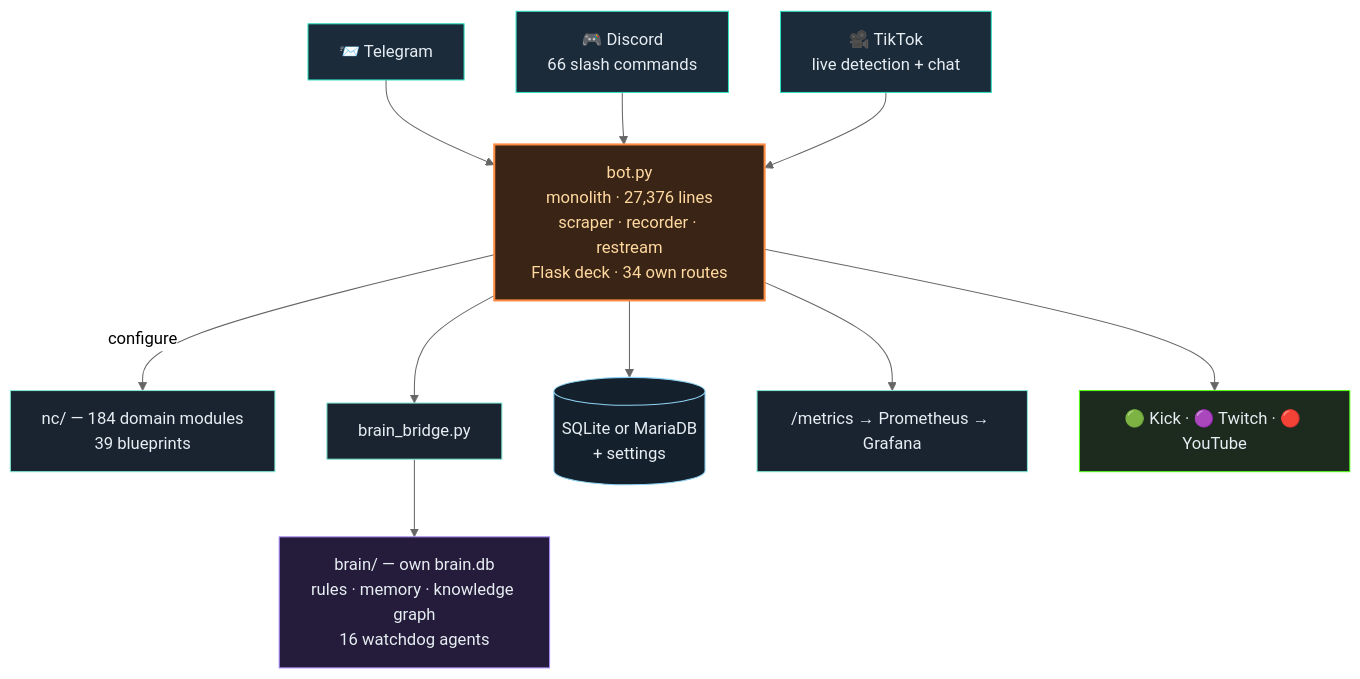
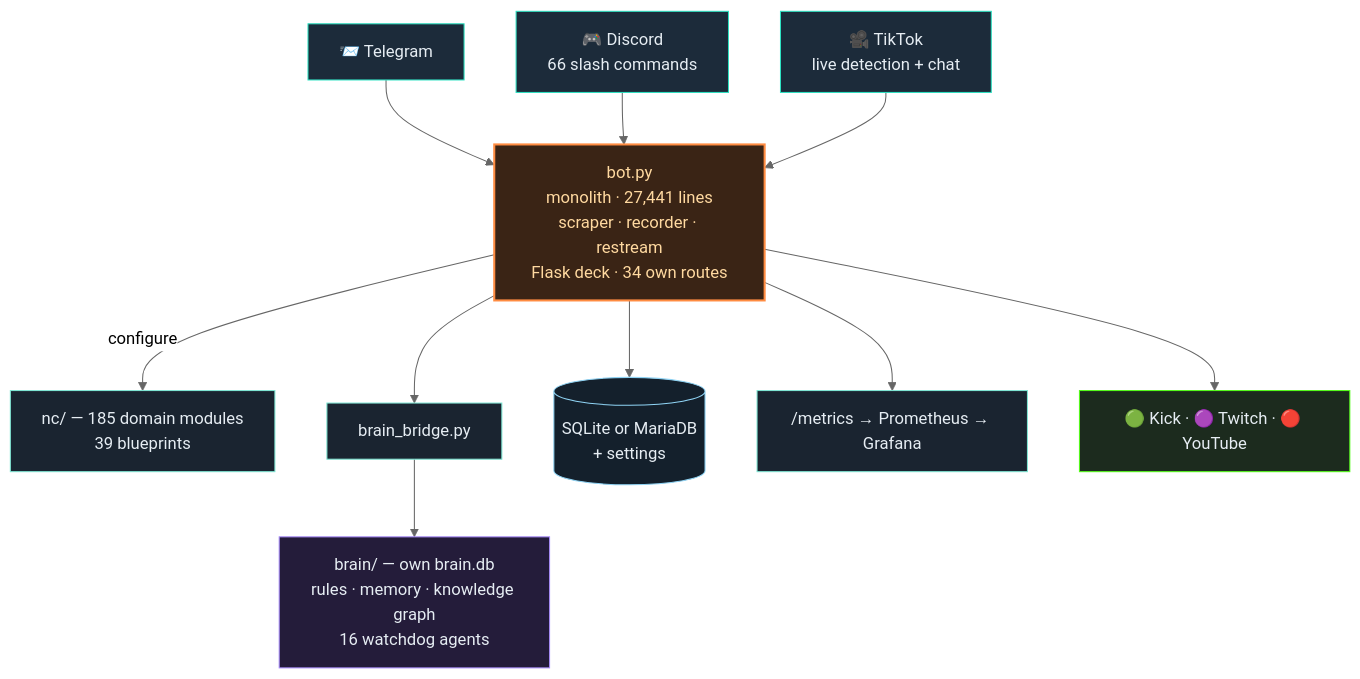
The second of 3 diagrams in README.en.md (itsamemedev/Telegram-Stream-Info-Bot), drawn with Mermaid (neutral theme) before and after one commit. The commit also changed other lines of this file and 14 other files, not shown here.

````diff
--- a/README.en.md
+++ b/README.en.md
@@ -119,19 +119,19 @@
 ```mermaid
 flowchart TB
     TG["📨 Telegram"]:::ein --> BOT
     DC["🎮 Discord<br/>66 slash commands"]:::ein --> BOT
     TT["🎥 TikTok<br/>live detection + chat"]:::ein --> BOT
-    BOT["bot.py<br/>monolith · 27,376 lines<br/>scraper · recorder · restream<br/>Flask deck · 34 own routes"]:::core
-    BOT -->|configure| NC["nc/ — 184 domain modules<br/>39 blueprints"]:::lib
+    BOT["bot.py<br/>monolith · 27,441 lines<br/>scraper · recorder · restream<br/>Flask deck · 34 own routes"]:::core
+    BOT -->|configure| NC["nc/ — 185 domain modules<br/>39 blueprints"]:::lib
     BOT --> BR["brain_bridge.py"]:::lib
     BR --> BRAIN["brain/ — own brain.db<br/>rules · memory · knowledge graph<br/>16 watchdog agents"]:::brain
     BOT --> DB[("SQLite or MariaDB<br/>+ settings")]:::db
     BOT --> PROM["/metrics → Prometheus → Grafana"]:::lib
     BOT --> OUT["🟢 Kick · 🟣 Twitch · 🔴 YouTube"]:::out
     classDef ein fill:#1c2b3a,stroke:#2de1c2,color:#e6edf3
     classDef core fill:#3a2415,stroke:#ff8c42,stroke-width:2px,color:#ffd9a0
     classDef lib fill:#1a2430,stroke:#7fe7d4,color:#e6edf3
     classDef brain fill:#241c3a,stroke:#a78bfa,color:#e6edf3
     classDef db fill:#14202c,stroke:#8fd3f4,color:#e6edf3
     classDef out fill:#1c2b1e,stroke:#53fc18,color:#e6edf3
 ```
````
